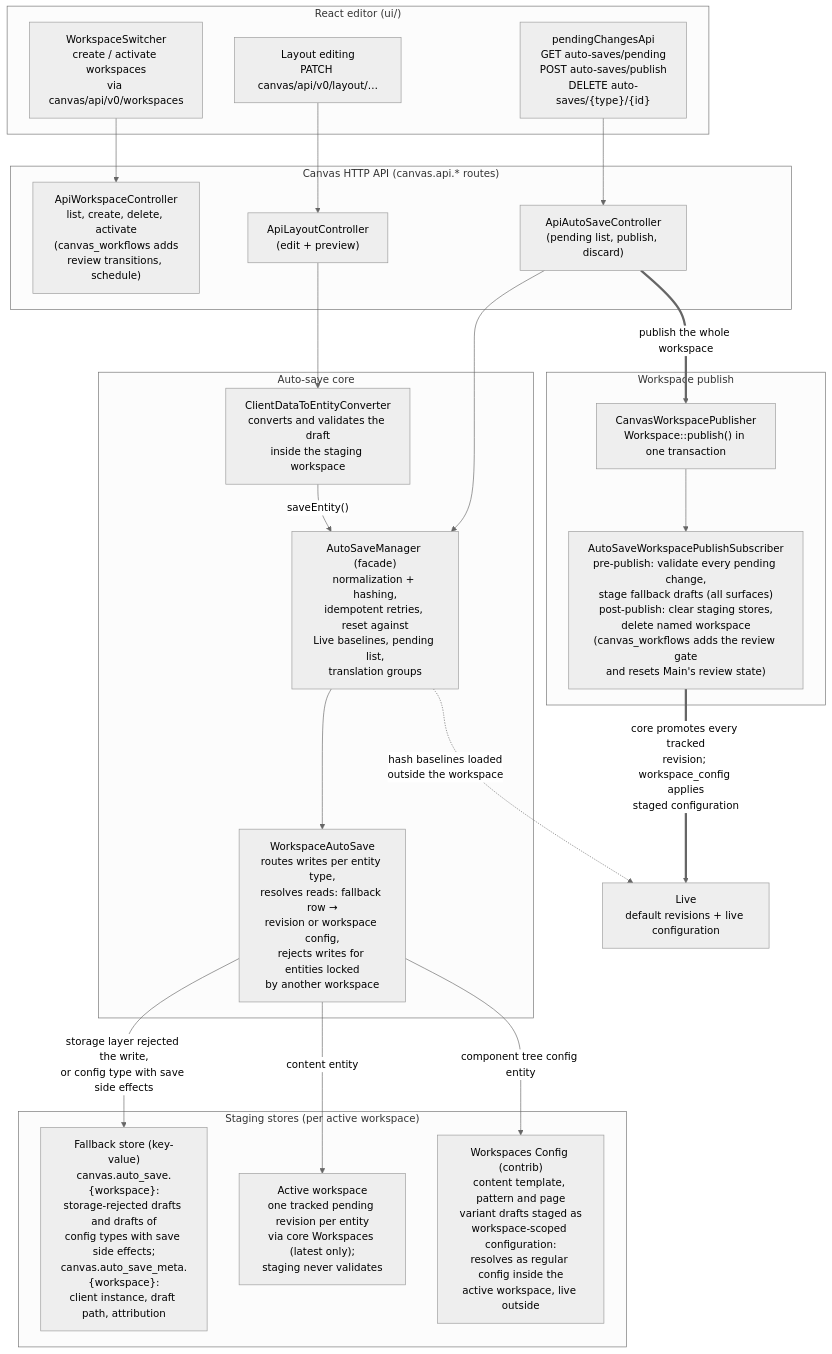
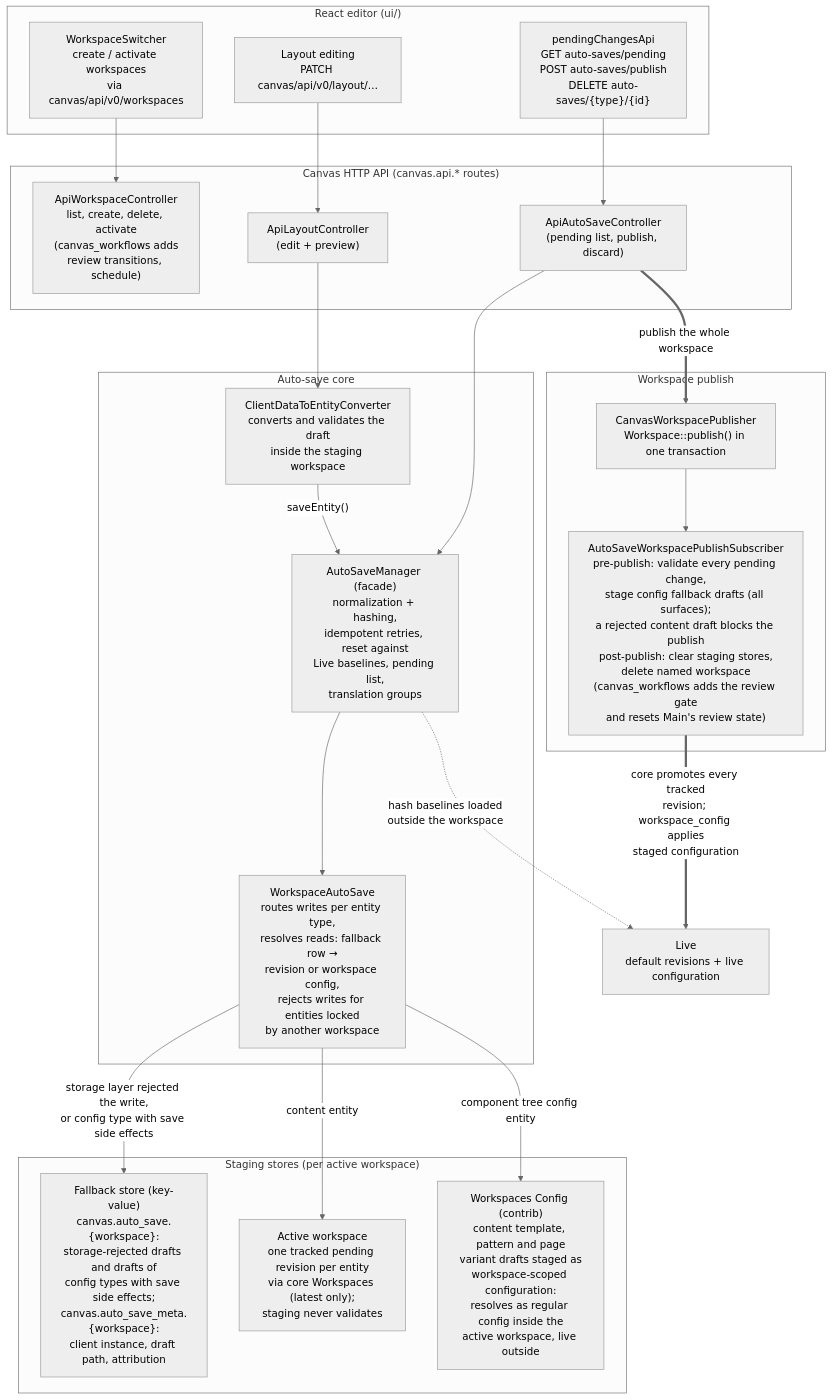
Before and after one commit to tedbow/canvas-lauriii: the diagram in docs/diagrams/workspace-autosave.md, drawn with Mermaid (neutral theme). The commit also changed other lines of this file and 8 other files, not shown here.

First line of the commit message:
🤖 Block the publish on a content draft the storage layer rejected instead of staging it mid-publish, where core would drop it

````diff
--- a/docs/diagrams/workspace-autosave.md
+++ b/docs/diagrams/workspace-autosave.md
@@ -34,48 +40,48 @@
 ```mermaid
 flowchart TB
     subgraph UI["React editor (ui/)"]
         switcher["WorkspaceSwitcher<br>create / activate workspaces<br>via canvas/api/v0/workspaces"]
         layoutApi["Layout editing<br>PATCH canvas/api/v0/layout/…"]
         pendingApi["pendingChangesApi<br>GET auto-saves/pending<br>POST auto-saves/publish<br>DELETE auto-saves/{type}/{id}"]
     end
 
     subgraph HTTP["Canvas HTTP API (canvas.api.* routes)"]
         wsCtl["ApiWorkspaceController<br>list, create, delete, activate<br>(canvas_workflows adds<br>review transitions, schedule)"]
         layoutCtl["ApiLayoutController<br>(edit + preview)"]
         autoSaveCtl["ApiAutoSaveController<br>(pending list, publish, discard)"]
     end
 
     subgraph Core["Auto-save core"]
         converter["ClientDataToEntityConverter<br>converts and validates the draft<br>inside the staging workspace"]
         asm["AutoSaveManager (facade)<br>normalization + hashing,<br>idempotent retries, reset against<br>Live baselines, pending list,<br>translation groups"]
         wsa["WorkspaceAutoSave<br>routes writes per entity type,<br>resolves reads: fallback row →<br>revision or workspace config,<br>rejects writes for entities locked<br>by another workspace"]
     end
 
     subgraph Staging["Staging stores (per active workspace)"]
         fallback["Fallback store (key-value)<br>canvas.auto_save.{workspace}:<br>storage-rejected drafts and drafts of<br>config types with save side effects;<br>canvas.auto_save_meta.{workspace}:<br>client instance, draft path, attribution"]
         ws["Active workspace<br>one tracked pending revision per entity<br>via core Workspaces (latest only);<br>staging never validates"]
         wsconfig["Workspaces Config (contrib)<br>content template, pattern and page<br>variant drafts staged as<br>workspace-scoped configuration:<br>resolves as regular config inside the<br>active workspace, live outside"]
     end
 
     subgraph Publish["Workspace publish"]
         publisher["CanvasWorkspacePublisher<br>Workspace::publish() in one transaction"]
-        gate["AutoSaveWorkspacePublishSubscriber<br>pre-publish: validate every pending change,<br>stage fallback drafts (all surfaces)<br>post-publish: clear staging stores,<br>delete named workspace<br>(canvas_workflows adds the review gate<br>and resets Main's review state)"]
+        gate["AutoSaveWorkspacePublishSubscriber<br>pre-publish: validate every pending change,<br>stage config fallback drafts (all surfaces);<br>a rejected content draft blocks the publish<br>post-publish: clear staging stores,<br>delete named workspace<br>(canvas_workflows adds the review gate<br>and resets Main's review state)"]
     end
 
     live["Live<br>default revisions + live configuration"]
 
     switcher --> wsCtl
     layoutApi --> layoutCtl
     pendingApi --> autoSaveCtl
     layoutCtl --> converter
     converter -- "saveEntity()" --> asm
     autoSaveCtl --> asm
     asm --> wsa
     wsa -- "content entity" --> ws
     wsa -- "component tree config entity" --> wsconfig
     wsa -- "storage layer rejected the write,<br>or config type with save side effects" --> fallback
     autoSaveCtl == "publish the whole workspace" ==> publisher
     publisher --> gate
     gate == "core promotes every tracked<br>revision; workspace_config applies<br>staged configuration" ==> live
     asm -. "hash baselines loaded<br>outside the workspace" .-> live
 ```
````
